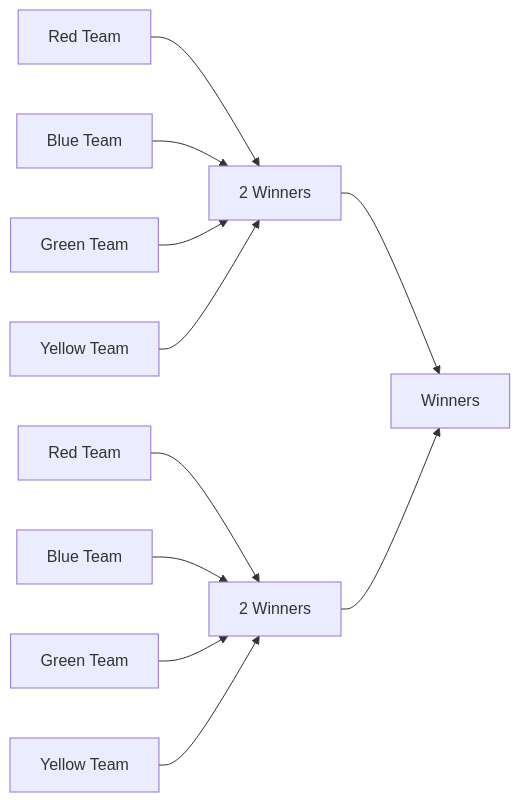
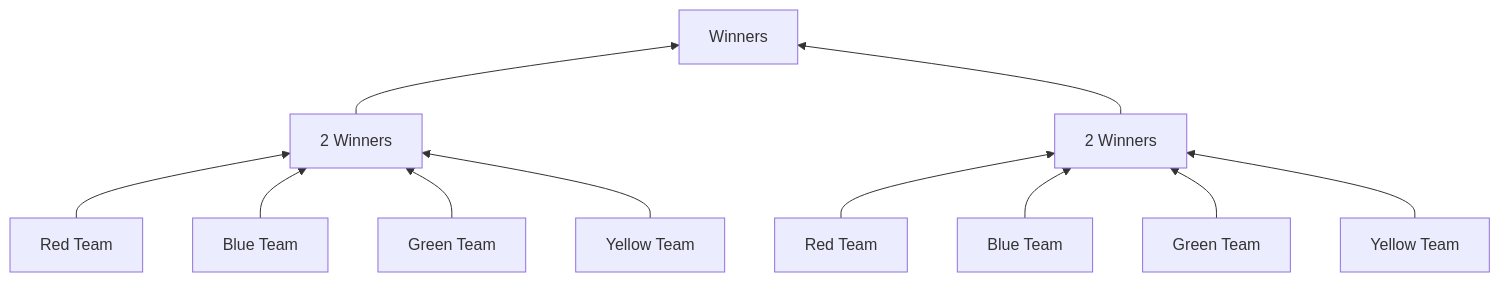
One commit to CrashmanYT/darsasystem-maven changed the diagram in concept.md. Above: the diagram before and after it, drawn with Mermaid.

Commit message:
set team diagram to vertical

````diff
--- a/concept.md
+++ b/concept.md
@@ -4,11 +4,11 @@
 ```mermaid
-graph LR
+graph BT
     A[Red Team] --> J[2 Winners] --> Final[Winners]
     B[Blue Team]  --> J
     C[Green Team] --> J
     D[Yellow Team] --> J
     E[Red Team] --> K[2 Winners] --> Final
     F[Blue Team] --> K
     G[Green Team] --> K
     H[Yellow Team] --> K
 ```
````
